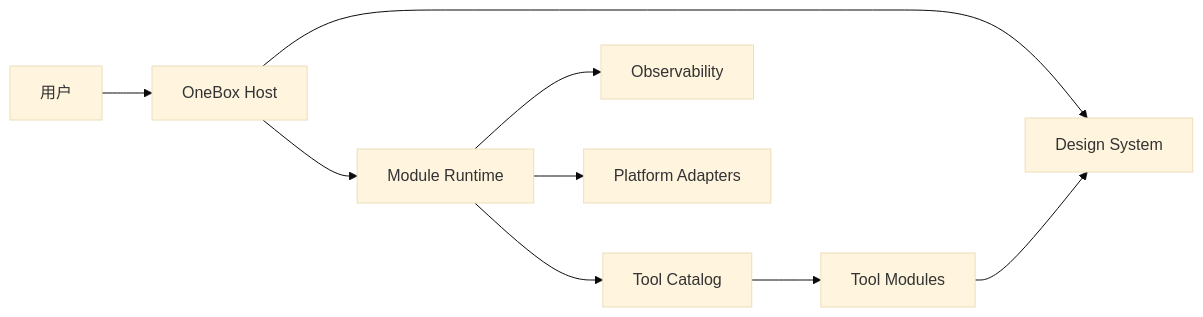
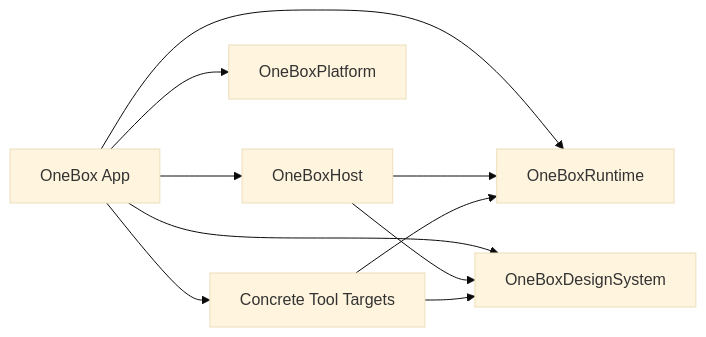
Before and after one commit to cmy-hhxx/OneBox: the diagram in docs/architecture.md, drawn with Mermaid (base theme). The commit also changed other lines of this file and 49 other files, not shown here.

First line of the commit message:
feat(app): add modular macOS host shell

````diff
--- a/docs/architecture.md
+++ b/docs/architecture.md
@@ -16,11 +37,12 @@
 ```mermaid
 flowchart LR
-    User[用户] --> Host[OneBox Host]
-    Host --> Runtime[Module Runtime]
-    Runtime --> Catalog[Tool Catalog]
-    Catalog --> Tools[Tool Modules]
-    Host --> UI[Design System]
-    Runtime --> Log[Observability]
-    Runtime --> Platform[Platform Adapters]
-    Tools --> UI
+    App[OneBox App] --> Host[OneBoxHost]
+    App --> Runtime[OneBoxRuntime]
+    App --> Design[OneBoxDesignSystem]
+    App --> Platform[OneBoxPlatform]
+    App --> Tools[Concrete Tool Targets]
+    Host --> Runtime
+    Host --> Design
+    Tools --> Runtime
+    Tools --> Design
 ```
````
